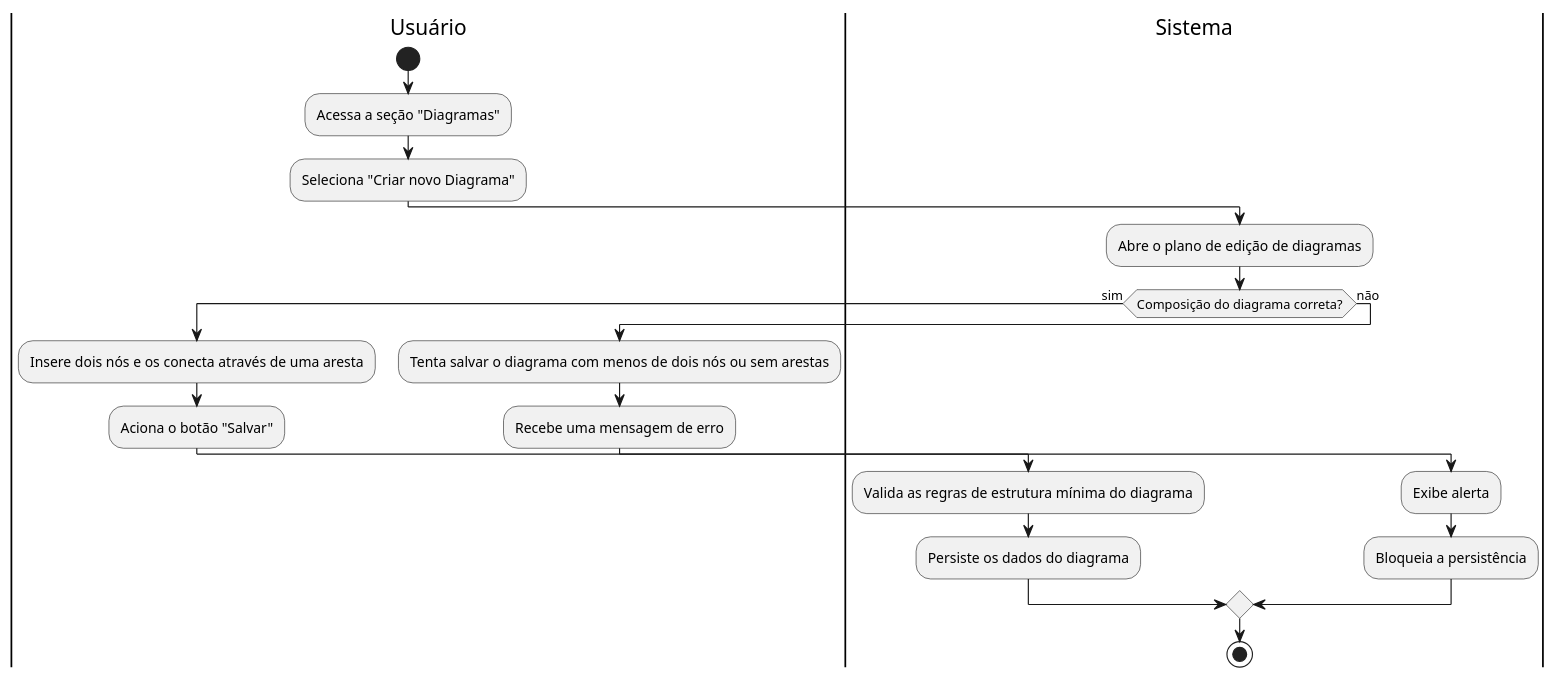
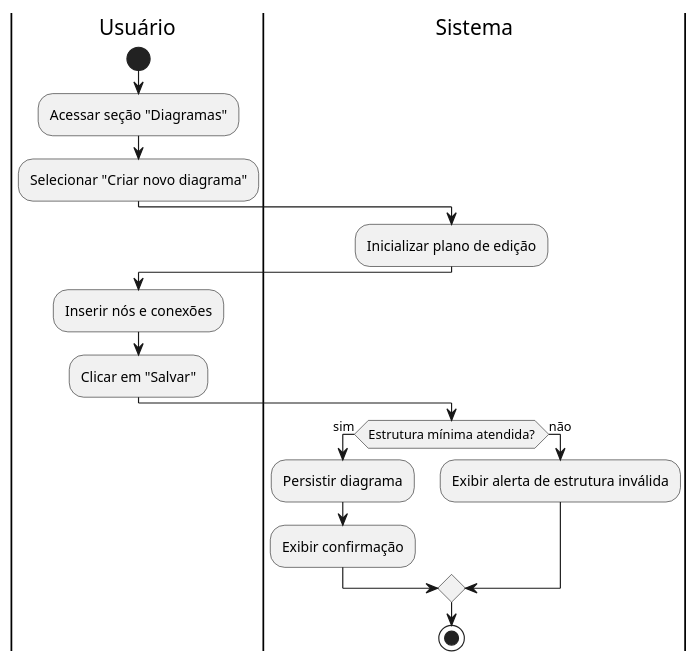
Before and after one commit to aspiringluke/Projeto-Integrado-Mobile: the diagram in docs/casosUso/uml/diagramas_atividade/diagrama_atividade_UC14.puml, drawn with PlantUML. The commit also changed 17 other files, not shown here.

```diff
--- a/docs/casosUso/uml/diagramas_atividade/diagrama_atividade_UC14.puml
+++ b/docs/casosUso/uml/diagramas_atividade/diagrama_atividade_UC14.puml
@@ -1,30 +1,24 @@
 @startuml diagrama_UC14
 
 |Usuário|
 start
-:Acessa a seção "Diagramas";
-:Seleciona "Criar novo Diagrama";
+:Acessar seção "Diagramas";
+:Selecionar "Criar novo diagrama";
 
 |Sistema|
-:Abre o plano de edição de diagramas;
+:Inicializar plano de edição;
 
-if (Composição do diagrama correta?) then (sim)
-    |Usuário|
-    :Insere dois nós e os conecta através de uma aresta;
-    :Aciona o botão "Salvar";
-    
-    |Sistema|
-    :Valida as regras de estrutura mínima do diagrama;
-    :Persiste os dados do diagrama;
+|Usuário|
+:Inserir nós e conexões;
+:Clicar em "Salvar";
+
+|Sistema|
+if (Estrutura mínima atendida?) then (sim)
+  :Persistir diagrama;
+  :Exibir confirmação;
 else (não)
-    |Usuário|
-    :Tenta salvar o diagrama com menos de dois nós ou sem arestas;
-    :Recebe uma mensagem de erro;
-
-    |Sistema|
-    :Exibe alerta;
-    :Bloqueia a persistência;
+  :Exibir alerta de estrutura inválida;
 endif
 
 stop
 @enduml
```
